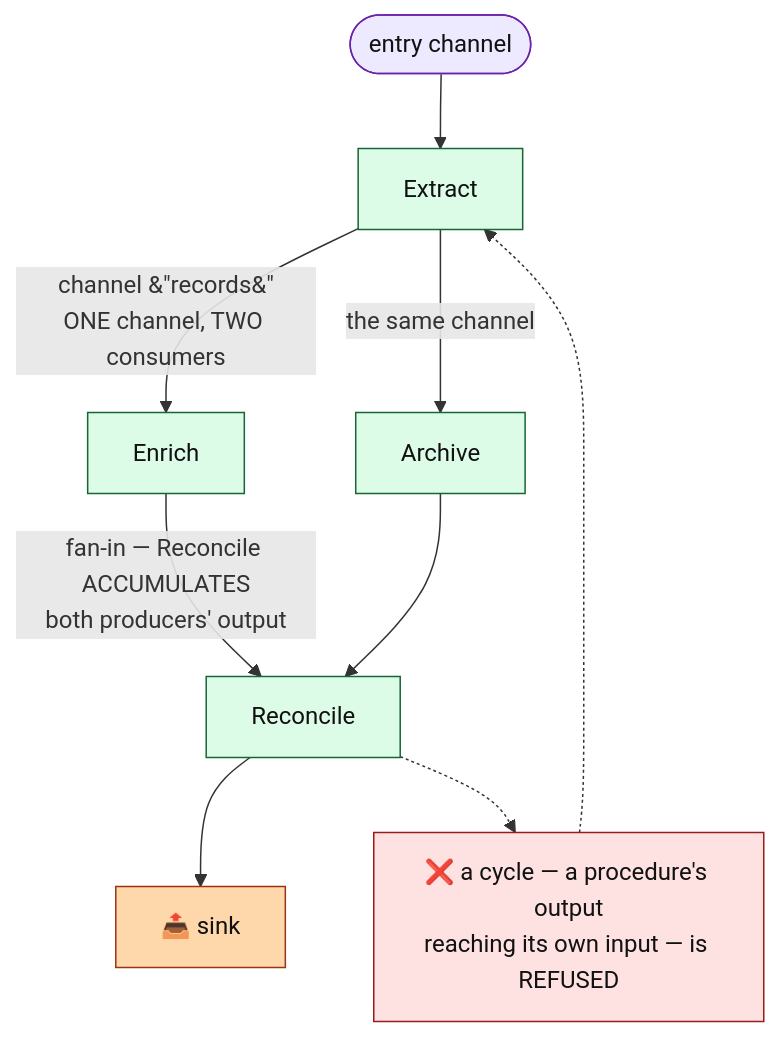
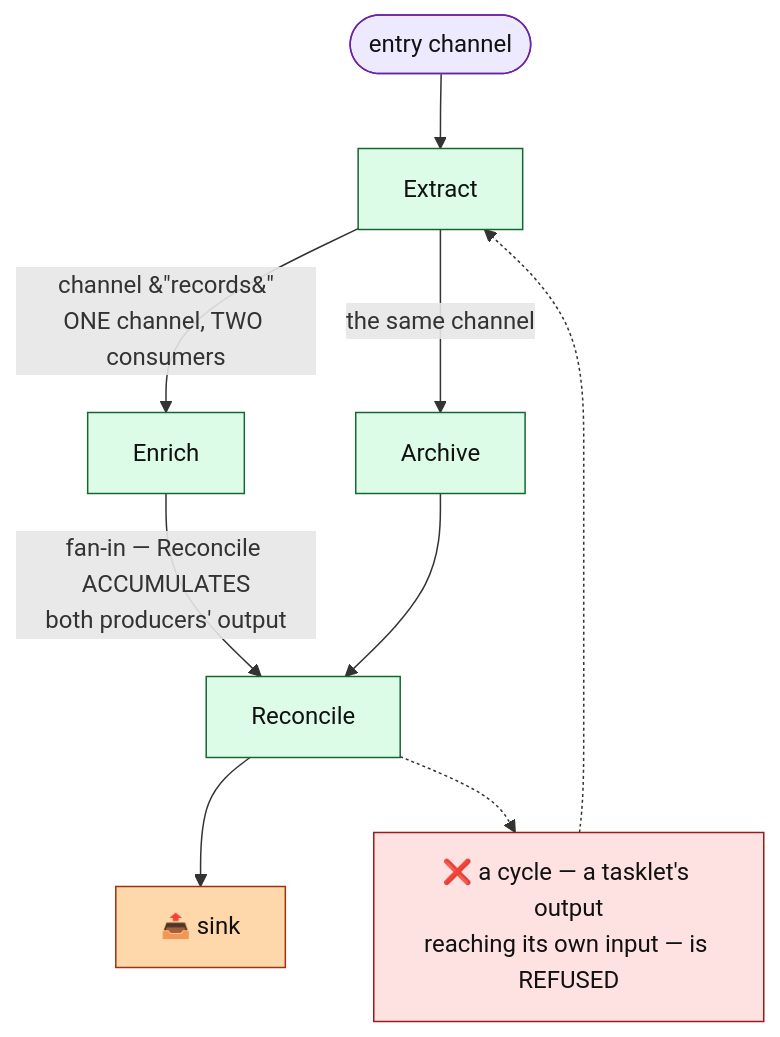
The first of 8 diagrams in docs/architecture/workflow_profile.md (Flezha/flezha), drawn with Mermaid before and after one commit. The commit also changed other lines of this file and 604 other files, not shown here.

First line of the commit message:
Rename Procedure to Tasklet and Entity to Cell

````diff
--- a/docs/architecture/workflow_profile.md
+++ b/docs/architecture/workflow_profile.md
@@ -27,25 +27,25 @@
 ```mermaid
 flowchart TB
     IN(["entry channel"]):::src
     A["Extract"]:::exec
     B["Enrich"]:::exec
     C["Archive"]:::exec
     D["Reconcile"]:::exec
     P1["📤 sink"]:::sink
 
     IN --> A
     A -->|"channel &#34;records&#34;<br/>ONE channel, TWO consumers"| B
     A -->|"the same channel"| C
     B -->|"fan-in — Reconcile ACCUMULATES<br/>both producers' output"| D
     C --> D
     D --> P1
 
-    CYC["❌ a cycle — a procedure's output<br/>reaching its own input — is REFUSED"]:::risk
+    CYC["❌ a cycle — a tasklet's output<br/>reaching its own input — is REFUSED"]:::risk
     D -.-> CYC
     CYC -.-> A
 
     classDef exec fill:#dcfce7,stroke:#166534,color:#111
     classDef sink fill:#fed7aa,stroke:#9a3412,color:#111
     classDef src fill:#ede9fe,stroke:#6b21a8,color:#111
     classDef risk fill:#fee2e2,stroke:#991b1b,color:#111
 ```
````
